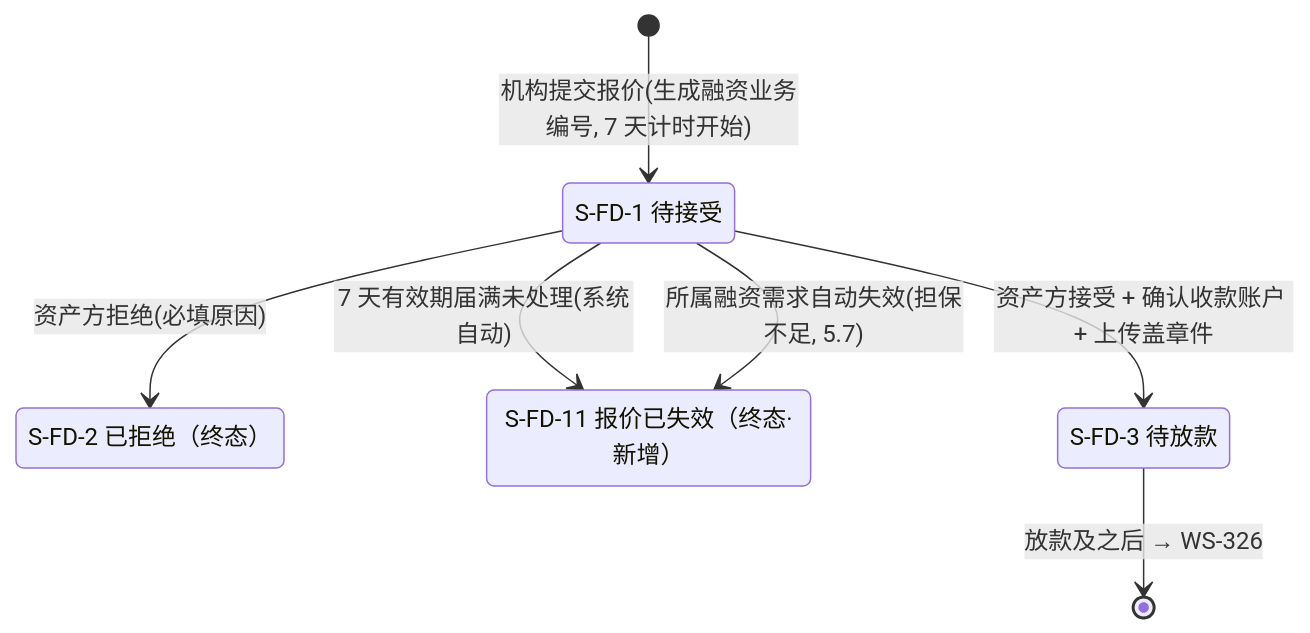
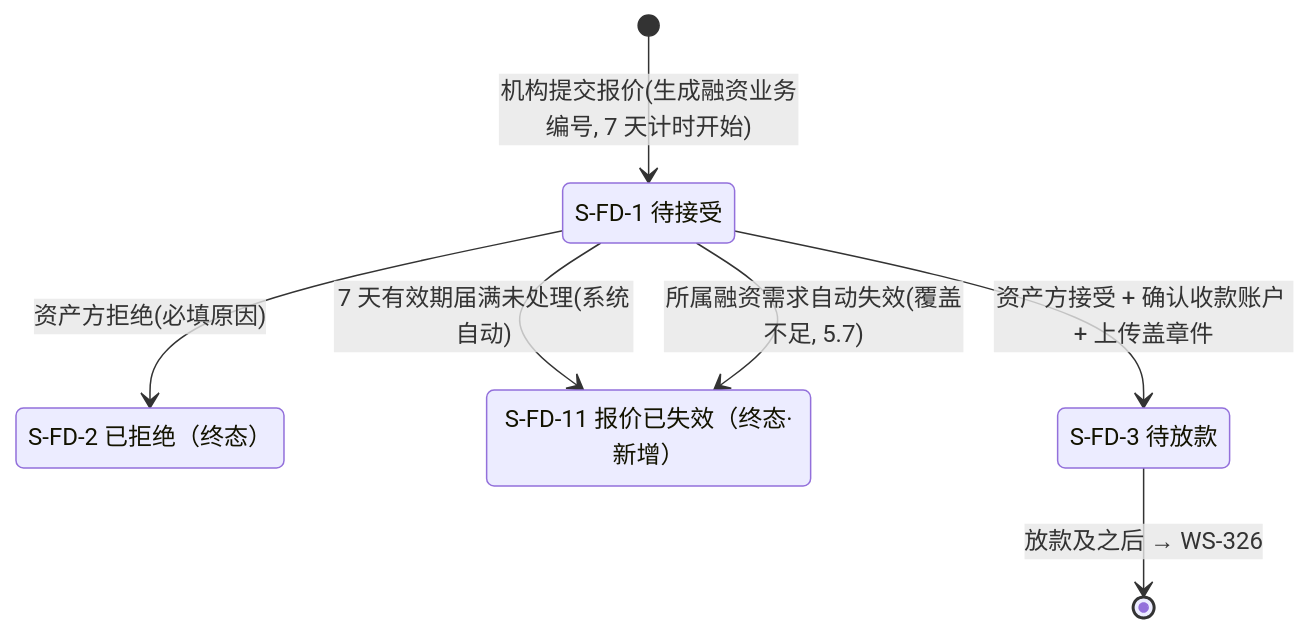
Before and after one commit to wxblockchain/Chain-Financing: the third of 3 diagrams in financial-service-platform/prd/v1.0-借贷广场-授信报价与接受拒绝/v1.0-借贷广场-授信报价与接受拒绝-PRD.md, drawn with Mermaid. The commit also changed other lines of this file and 1 other file, not shown here.

````diff
--- a/financial-service-platform/prd/v1.0-借贷广场-授信报价与接受拒绝/v1.0-借贷广场-授信报价与接受拒绝-PRD.md
+++ b/financial-service-platform/prd/v1.0-借贷广场-授信报价与接受拒绝/v1.0-借贷广场-授信报价与接受拒绝-PRD.md
@@ -200,13 +200,13 @@
 ```mermaid
 stateDiagram-v2
   [*] --> S_FD_1: 机构提交报价(生成融资业务编号, 7 天计时开始)
   S_FD_1: S-FD-1 待接受
   S_FD_2: S-FD-2 已拒绝（终态）
   S_FD_11: S-FD-11 报价已失效（终态·新增）
   S_FD_3: S-FD-3 待放款
   S_FD_1 --> S_FD_2: 资产方拒绝(必填原因)
   S_FD_1 --> S_FD_11: 7 天有效期届满未处理(系统自动)
-  S_FD_1 --> S_FD_11: 所属融资需求自动失效(担保不足, 5.7)
+  S_FD_1 --> S_FD_11: 所属融资需求自动失效(覆盖不足, 5.7)
   S_FD_1 --> S_FD_3: 资产方接受 + 确认收款账户 + 上传盖章件
   S_FD_3 --> [*]: 放款及之后 → WS-326
 ```
````
